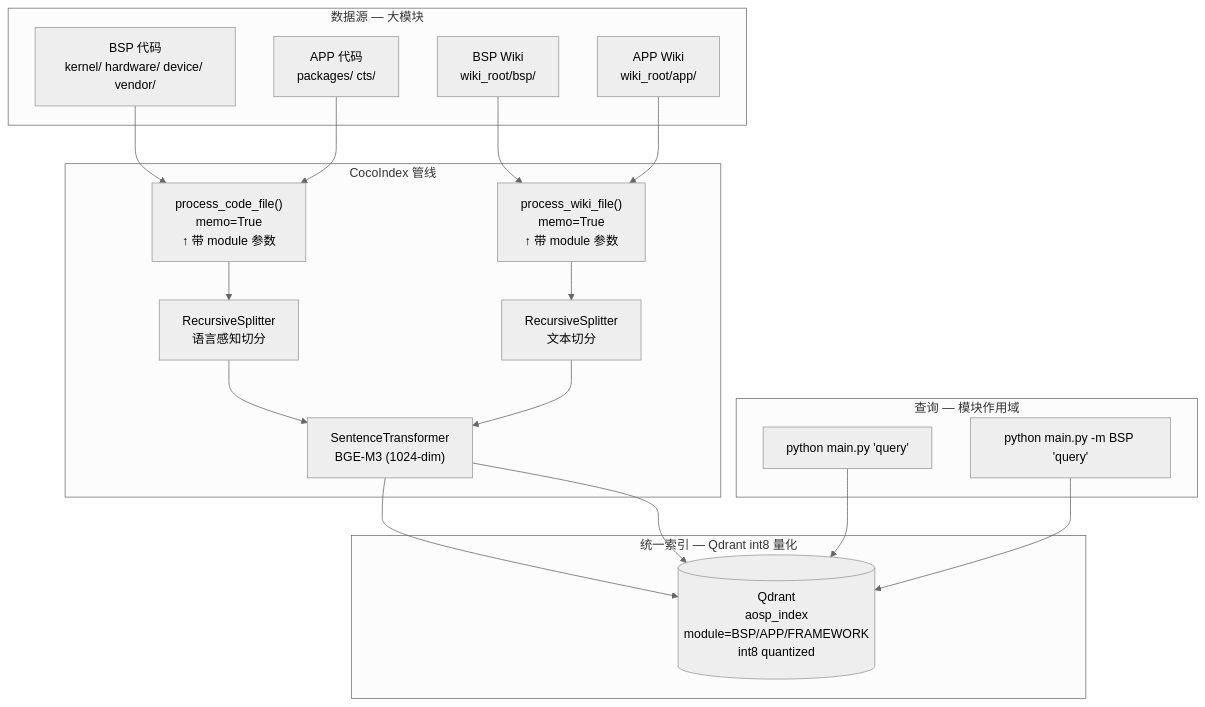
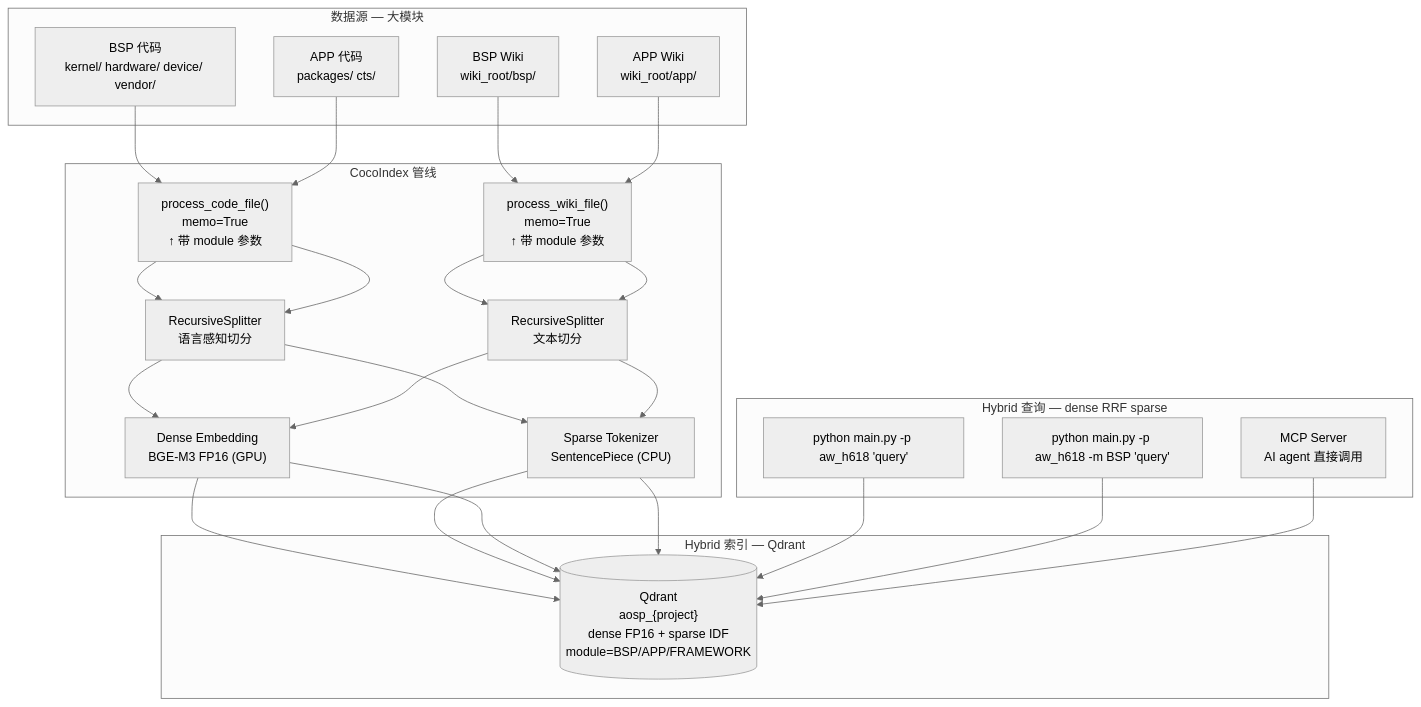
The diagram in examples/aosp_learning/README.md (qkaibo/cocoindex), drawn with Mermaid (neutral theme) before and after one commit. The commit also changed other lines of this file and 3 other files, not shown here.

First line of the commit message:
feat(aosp_learning): hybrid search with dense + Qdrant IDF sparse

````diff
--- a/examples/aosp_learning/README.md
+++ b/examples/aosp_learning/README.md
@@ -197,37 +235,42 @@
 ```mermaid
 graph TB
     subgraph Sources["数据源 — 大模块"]
         BSP_CODE["BSP 代码<br/>kernel/ hardware/ device/ vendor/"]
         BSP_WIKI["BSP Wiki<br/>wiki_root/bsp/"]
         APP_CODE["APP 代码<br/>packages/ cts/"]
         APP_WIKI["APP Wiki<br/>wiki_root/app/"]
     end
 
     subgraph Processing["CocoIndex 管线"]
         CODEFN["process_code_file()<br/>memo=True<br/>↑ 带 module 参数"]
         WIKIFN["process_wiki_file()<br/>memo=True<br/>↑ 带 module 参数"]
 
         SPLIT_C["RecursiveSplitter<br/>语言感知切分"]
         SPLIT_W["RecursiveSplitter<br/>文本切分"]
 
-        EMBED["SentenceTransformer<br/>BGE-M3 (1024-dim)"]
+        DENSE["Dense Embedding<br/>BGE-M3 FP16 (GPU)"]
+        SPARSE["Sparse Tokenizer<br/>SentencePiece (CPU)"]
     end
 
-    subgraph Storage["统一索引 — Qdrant int8 量化"]
-        QDRANT[("Qdrant<br/>aosp_index<br/>module=BSP/APP/FRAMEWORK<br/>int8 quantized")]
+    subgraph Storage["Hybrid 索引 — Qdrant"]
+        QDRANT[("Qdrant<br/>aosp_{project}<br/>dense FP16 + sparse IDF<br/>module=BSP/APP/FRAMEWORK")]
     end
 
-    subgraph Query["查询 — 模块作用域"]
-        SEARCH_ALL["python main.py 'query'"]
-        SEARCH_MOD["python main.py -m BSP 'query'"]
+    subgraph Query["Hybrid 查询 — dense RRF sparse"]
+        SEARCH_ALL["python main.py -p aw_h618 'query'"]
+        SEARCH_MOD["python main.py -p aw_h618 -m BSP 'query'"]
+        MCP["MCP Server<br/>AI agent 直接调用"]
     end
 
     BSP_CODE --> CODEFN
     APP_CODE --> CODEFN
     BSP_WIKI --> WIKIFN
     APP_WIKI --> WIKIFN
-    CODEFN --> SPLIT_C --> EMBED --> QDRANT
-    WIKIFN --> SPLIT_W --> EMBED --> QDRANT
+    CODEFN --> SPLIT_C --> DENSE --> QDRANT
+    CODEFN --> SPLIT_C --> SPARSE --> QDRANT
+    WIKIFN --> SPLIT_W --> DENSE --> QDRANT
+    WIKIFN --> SPLIT_W --> SPARSE --> QDRANT
     SEARCH_ALL --> QDRANT
     SEARCH_MOD --> QDRANT
+    MCP --> QDRANT
 ```
````
